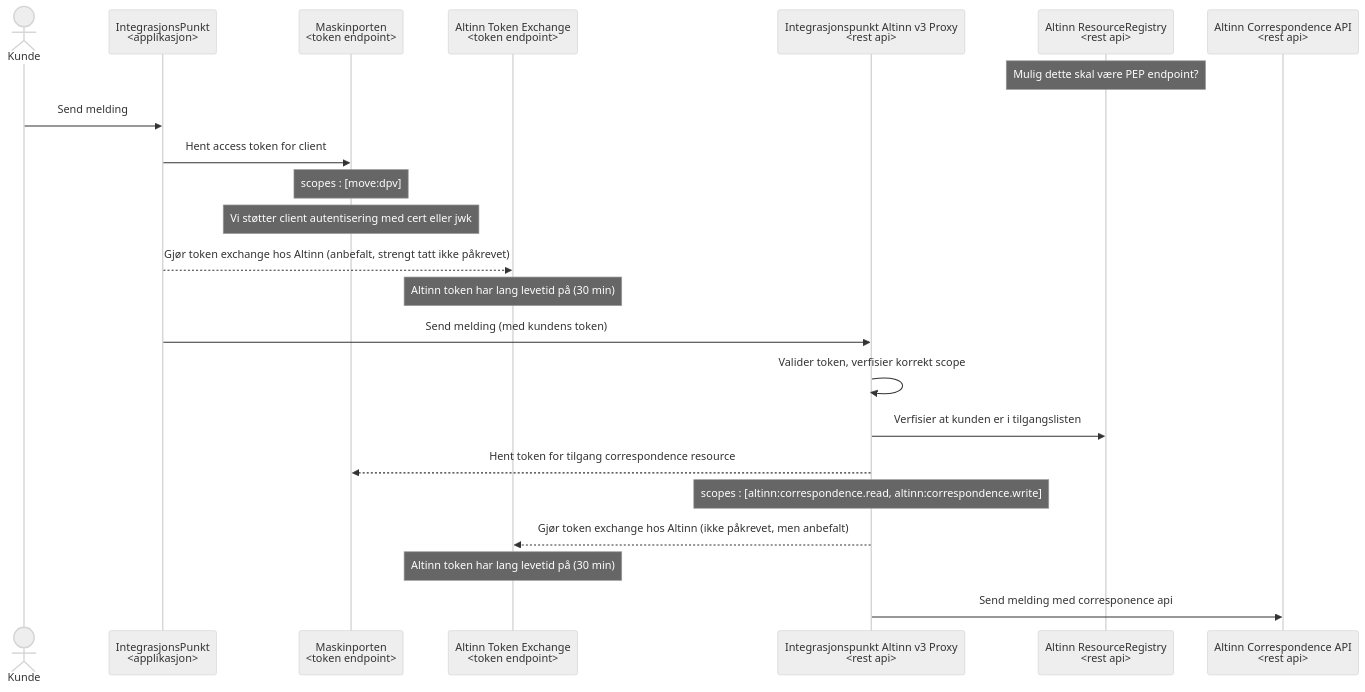
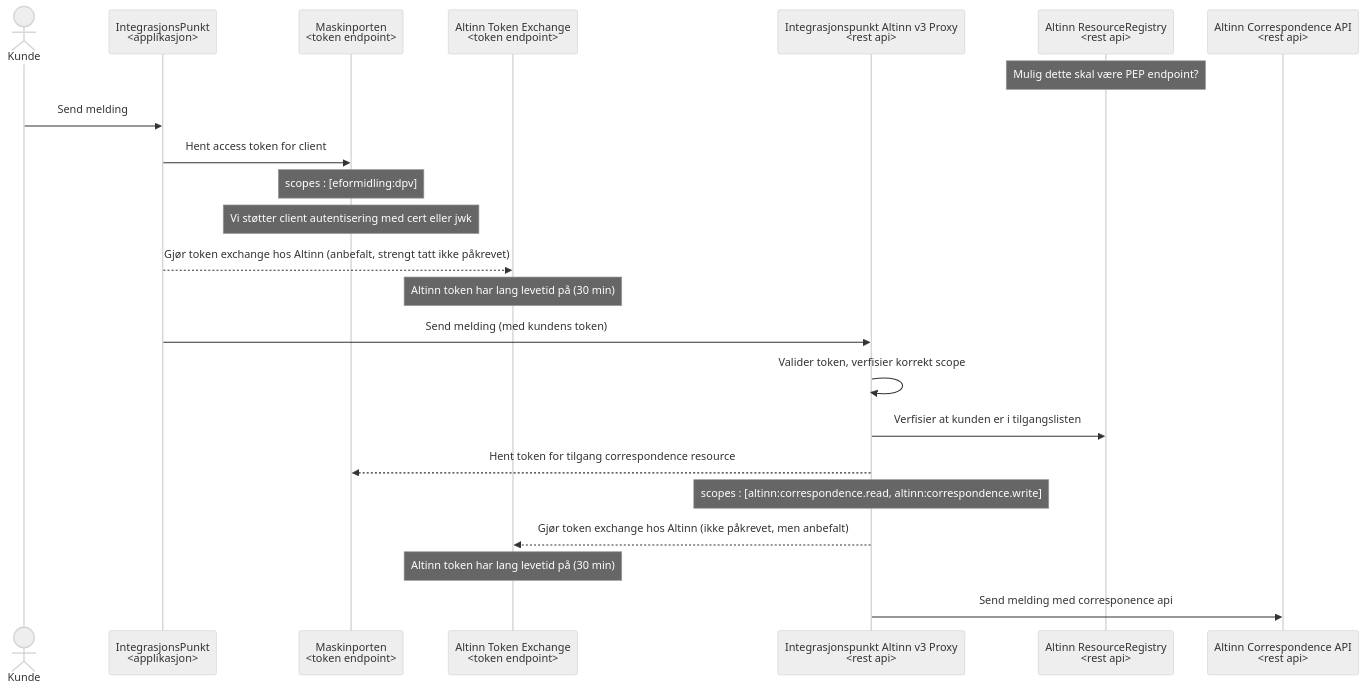
One commit to felleslosninger/efm-integrasjonspunkt changed the second of 2 diagrams in altinn-v3-client/altinn_dpv.md. Above: the diagram before and after it, drawn with Mermaid (neutral theme). The commit also changed 1 other file, not shown here.

Commit message:
Forsøker å plukke tidspunkt fra forretningsmelding

````diff
--- a/altinn-v3-client/altinn_dpv.md
+++ b/altinn-v3-client/altinn_dpv.md
@@ -28,28 +28,28 @@
 ```mermaid
 sequenceDiagram
     actor K as Kunde
     participant IP as IntegrasjonsPunkt<br><applikasjon>
     participant M as Maskinporten<br><token endpoint>
     participant AT as Altinn Token Exchange<br><token endpoint>
     participant IB as Integrasjonspunkt Altinn v3 Proxy<br><rest api>
     participant AR as Altinn ResourceRegistry<br><rest api>
     participant AC as Altinn Correspondence API<br><rest api>
     
     note over AR: Mulig dette skal være PEP endpoint?
     
     K->>IP: Send melding
     IP->>M: Hent access token for client
-    note over M : scopes : [move:dpv]
+    note over M : scopes : [eformidling:dpv]
     note over M : Vi støtter client autentisering med cert eller jwk
     IP-->>AT: Gjør token exchange hos Altinn (anbefalt, strengt tatt ikke påkrevet)
     note over AT : Altinn token har lang levetid på (30 min)
 
     IP->>IB: Send melding (med kundens token)
     IB->>IB: Valider token, verfisier korrekt scope
     IB->>AR: Verfisier at kunden er i tilgangslisten
     IB-->>M: Hent token for tilgang correspondence resource
     note over IB: scopes : [altinn:correspondence.read, altinn:correspondence.write]
     IB-->>AT: Gjør token exchange hos Altinn (ikke påkrevet, men anbefalt)
     note over AT : Altinn token har lang levetid på (30 min)
     IB->>AC: Send melding med corresponence api
 ```
````
